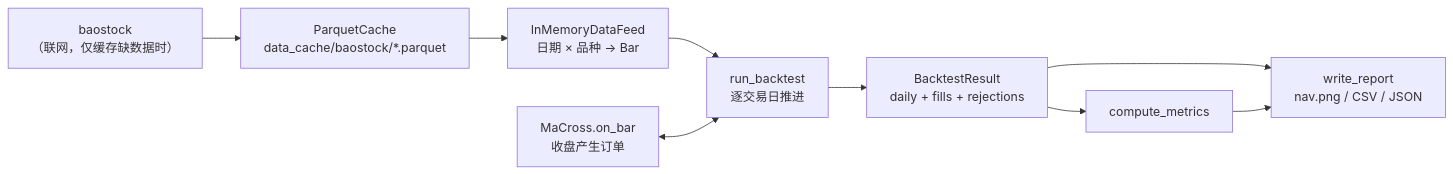
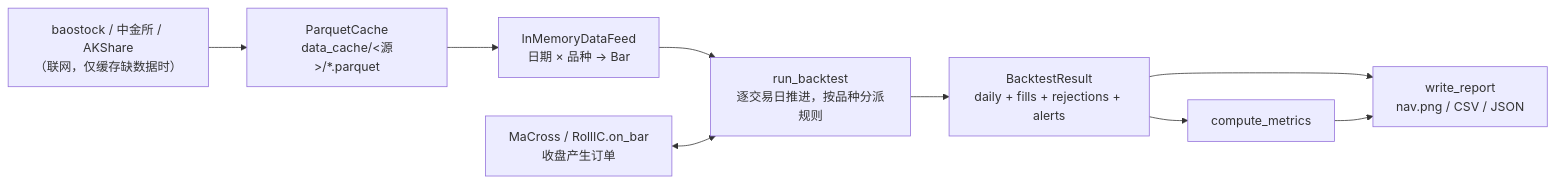
One commit to guevara12345/quant changed the first of 25 diagrams in docs/code-walkthrough.md. Above: the diagram before and after it, drawn with Mermaid. The commit also changed other lines of this file and 33 other files, not shown here.

````diff
--- a/docs/code-walkthrough.md
+++ b/docs/code-walkthrough.md
@@ -32,11 +32,11 @@
 ```mermaid
 flowchart LR
-    A["baostock<br/>（联网，仅缓存缺数据时）"] --> B["ParquetCache<br/>data_cache/baostock/*.parquet"]
+    A["baostock / 中金所 / AKShare<br/>（联网，仅缓存缺数据时）"] --> B["ParquetCache<br/>data_cache/&lt;源&gt;/*.parquet"]
     B --> C["InMemoryDataFeed<br/>日期 × 品种 → Bar"]
-    C --> D["run_backtest<br/>逐交易日推进"]
-    E["MaCross.on_bar<br/>收盘产生订单"] <--> D
-    D --> F["BacktestResult<br/>daily + fills + rejections"]
+    C --> D["run_backtest<br/>逐交易日推进，按品种分派规则"]
+    E["MaCross / RollIC.on_bar<br/>收盘产生订单"] <--> D
+    D --> F["BacktestResult<br/>daily + fills + rejections + alerts"]
     F --> G["compute_metrics"]
     F --> H["write_report<br/>nav.png / CSV / JSON"]
     G --> H
 ```
````
